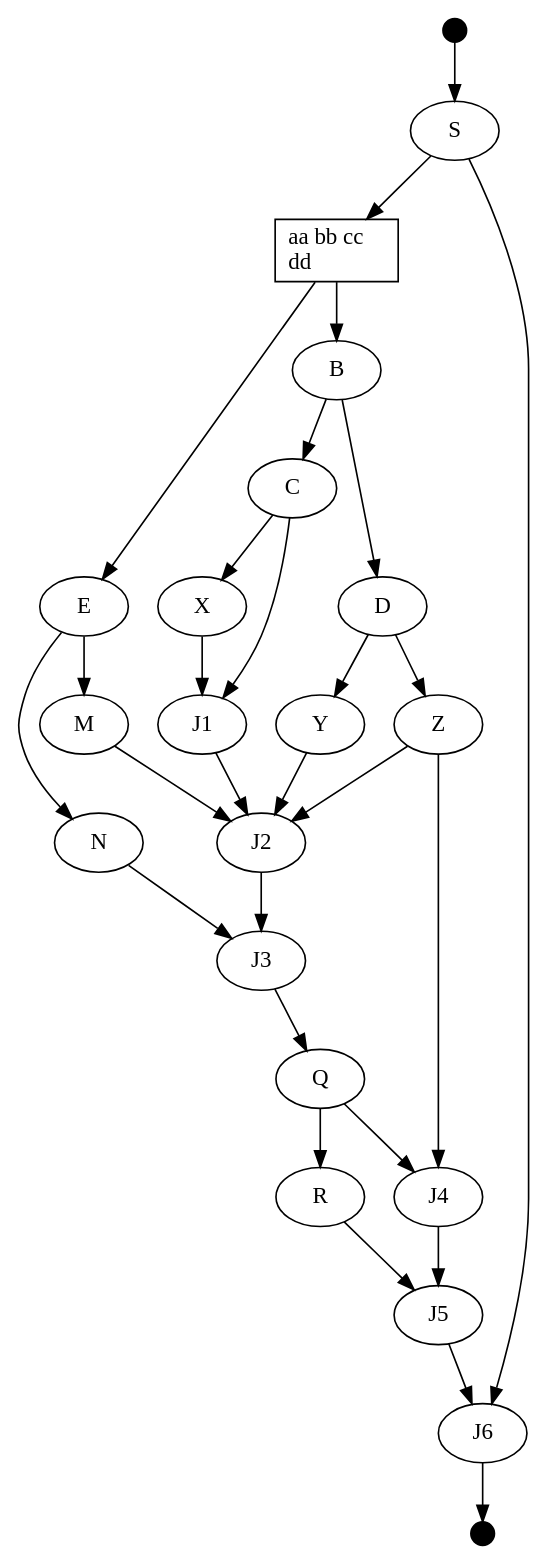
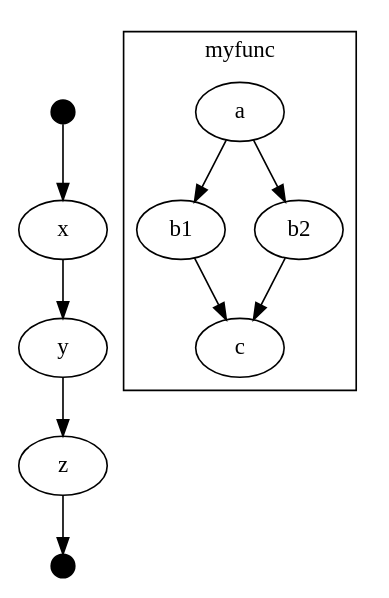
Before and after one commit to jindrapetrik/graphs: the diagram in graphs/testing.gv, drawn with Graphviz. The commit also changed 12 other files, not shown here.

Commit message:
subgraphs support (graphattributes, id, decomposedGraph class)

```diff
--- a/graphs/testing.gv
+++ b/graphs/testing.gv
@@ -1,33 +1,12 @@
 digraph for {
 start [shape="point" width="0.2"]
 end [shape="point" width="0.2"]
-start -> S;
-A [shape="box" label="aa bb cc\ldd\l" align="left"]
-S -> A;
-S -> J6;
-A -> E;
-A -> B;
-E -> N;
-E  -> M;
-B -> C;
-B -> D;
-C -> X;
-C -> J1;
-X -> J1;
-D -> Y;
-D -> Z;
-M -> J2;
-J1 -> J2;
-Y -> J2;
-Z -> J2;
-J2 -> J3;
-N -> J3;
-Z -> J4;
-J3 -> Q;
-Q -> R -> J5;
-Q -> J4;
-J4  -> J5;
-
-J5 -> J6;
-J6 -> end;
+subgraph cluster_0 {
+label="myfunc"
+a->b1;
+a->b2;
+b1->c;
+b2->c;
 }
+start->x->y->z->end;
+}
```
